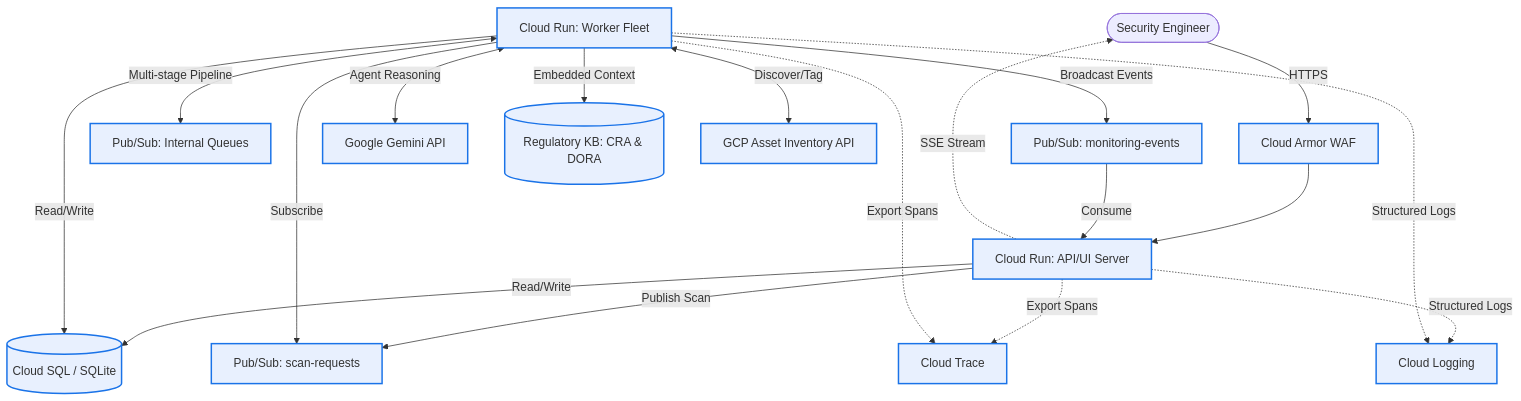
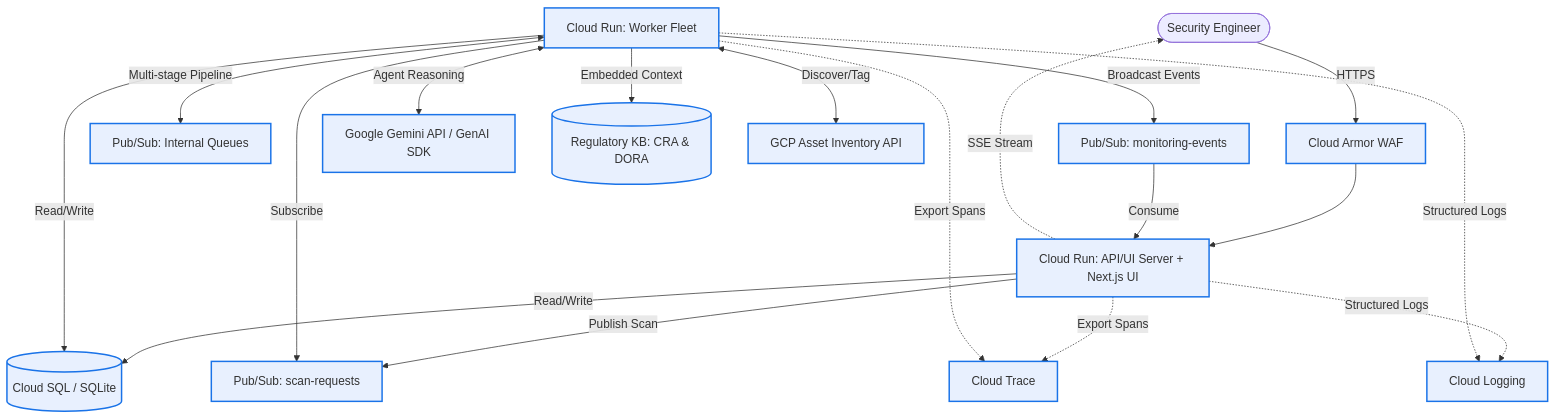
The first of 3 diagrams in ARCHITECTURE.md (iuriikogan/Audit-Agent), drawn with Mermaid before and after one commit. The commit also changed other lines of this file and 31 other files, not shown here.

````diff
--- a/ARCHITECTURE.md
+++ b/ARCHITECTURE.md
@@ -11,29 +11,29 @@
 ```mermaid
 graph TD
     User([Security Engineer]) -->|HTTPS| CloudArmor[Cloud Armor WAF]
-    CloudArmor --> Server[Cloud Run: API/UI Server]
+    CloudArmor --> Server[Cloud Run: API/UI Server + Next.js UI]
     
     Server -->|Read/Write| DB[(Cloud SQL / SQLite)]
     Server -->|Publish Scan| PubSub_Scan[Pub/Sub: scan-requests]
     Server -.->|SSE Stream| User
     
     WorkerFleet[Cloud Run: Worker Fleet] -->|Subscribe| PubSub_Scan
     WorkerFleet <-->|Multi-stage Pipeline| PubSub_Internal[Pub/Sub: Internal Queues]
     WorkerFleet -->|Read/Write| DB
     WorkerFleet -->|Broadcast Events| PubSub_Monitoring[Pub/Sub: monitoring-events]
     
     PubSub_Monitoring -->|Consume| Server
     
-    WorkerFleet <-->|Agent Reasoning| Gemini[Google Gemini API]
+    WorkerFleet <-->|Agent Reasoning| Gemini[Google Gemini API / GenAI SDK]
     WorkerFleet -->|Embedded Context| KB[(Regulatory KB: CRA & DORA)]
     WorkerFleet <-->|Discover/Tag| GCP_API[GCP Asset Inventory API]
 
     %% Observability
     Server -.->|Export Spans| Trace[Cloud Trace]
     WorkerFleet -.->|Export Spans| Trace
     Server -.->|Structured Logs| Logging[Cloud Logging]
     WorkerFleet -.->|Structured Logs| Logging
 
     classDef gcp fill:#e8f0fe,stroke:#1a73e8,stroke-width:2px;
     class Server,WorkerFleet,CloudArmor,PubSub_Scan,PubSub_Internal,PubSub_Monitoring,DB,Gemini,GCP_API,KB,Trace,Logging gcp;
 ```
````
